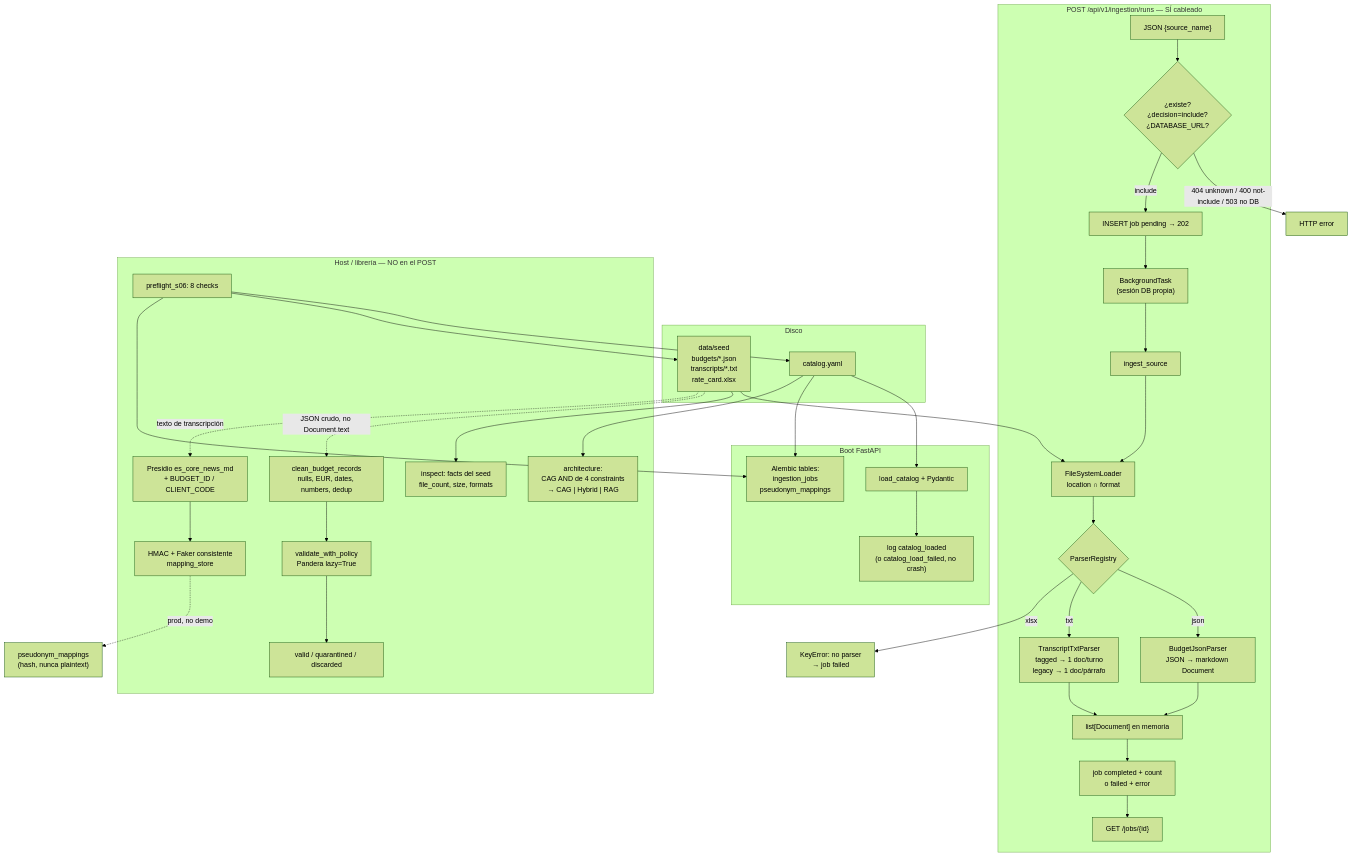
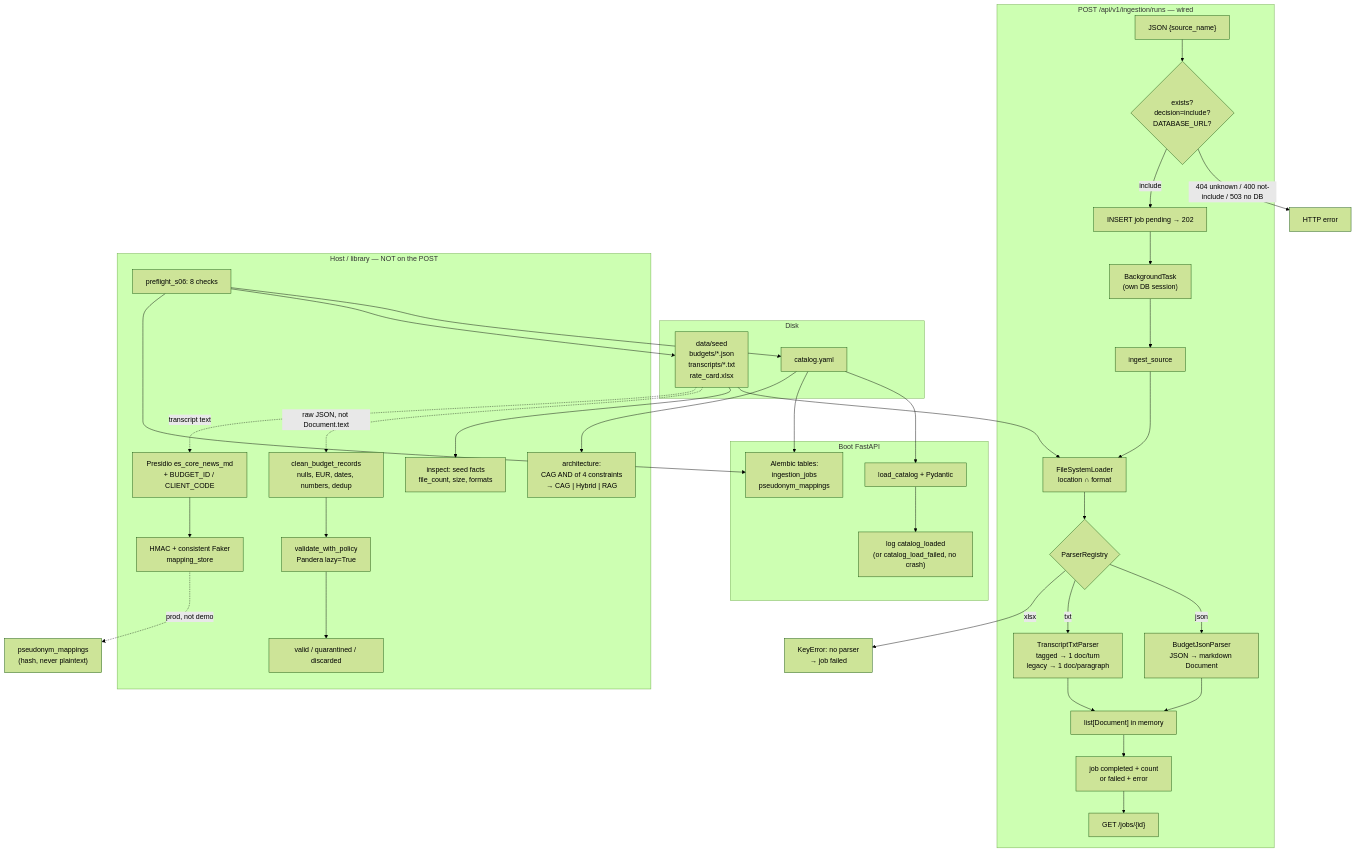
The second of 2 diagrams in estimador-cag/README.md (morales4dev/ai-engineering), drawn with Mermaid (forest theme) before and after one commit. The commit also changed other lines of this file and 12 other files, not shown here.

Commit message:
Port Lidr session 7 embedding pipeline: chunk and embed in memory over HTTP, nothing persisted yet.

````diff
--- a/estimador-cag/README.md
+++ b/estimador-cag/README.md
@@ -419,55 +422,55 @@
 ```mermaid
   flowchart TB
-      subgraph DISK["Disco"]
+      subgraph DISK["Disk"]
           YAML["catalog.yaml"]
           SEED["data/seed\nbudgets/*.json\ntranscripts/*.txt\nrate_card.xlsx"]
       end
       subgraph BOOT["Boot FastAPI"]
           LOADCAT["load_catalog + Pydantic"]
-          LOG["log catalog_loaded\n(o catalog_load_failed, no crash)"]
+          LOG["log catalog_loaded\n(or catalog_load_failed, no crash)"]
           ALEMBIC["Alembic tables:\ningestion_jobs\npseudonym_mappings"]
       end
       YAML --> LOADCAT --> LOG
       YAML --> ALEMBIC
-      subgraph HTTP["POST /api/v1/ingestion/runs  —  SÍ cableado"]
+      subgraph HTTP["POST /api/v1/ingestion/runs  —  wired"]
           REQ["JSON {source_name}"]
-          GATE{"¿existe?\n¿decision=include?\n¿DATABASE_URL?"}
+          GATE{"exists?\ndecision=include?\nDATABASE_URL?"}
           JOBP["INSERT job pending → 202"]
-          BG["BackgroundTask\n(sesión DB propia)"]
+          BG["BackgroundTask\n(own DB session)"]
           ORCH["ingest_source"]
           FS["FileSystemLoader\nlocation ∩ format"]
           PARSE{"ParserRegistry"}
           JSONP["BudgetJsonParser\nJSON → markdown Document"]
-          TXTP["TranscriptTxtParser\ntagged → 1 doc/turno\nlegacy → 1 doc/párrafo"]
-          MEM["list[Document]  en memoria"]
-          JOBC["job completed + count\no failed + error"]
+          TXTP["TranscriptTxtParser\ntagged → 1 doc/turn\nlegacy → 1 doc/paragraph"]
+          MEM["list[Document]  in memory"]
+          JOBC["job completed + count\nor failed + error"]
           GET["GET /jobs/{id}"]
       end
       REQ --> GATE
       GATE -->|404 unknown / 400 not-include / 503 no DB| ERR["HTTP error"]
       GATE -->|include| JOBP --> BG --> ORCH
       SEED --> FS
       ORCH --> FS --> PARSE
       PARSE -->|json| JSONP --> MEM
       PARSE -->|txt| TXTP --> MEM
       PARSE -->|xlsx| NOP["KeyError: no parser\n→ job failed"]
       MEM --> JOBC --> GET
-      subgraph OFF["Host / librería  —  NO en el POST"]
-          INSPECT["inspect: facts del seed\nfile_count, size, formats"]
-          ARCH["architecture:\nCAG AND de 4 constraints\n→ CAG | Hybrid | RAG"]
+      subgraph OFF["Host / library  —  NOT on the POST"]
+          INSPECT["inspect: seed facts\nfile_count, size, formats"]
+          ARCH["architecture:\nCAG AND of 4 constraints\n→ CAG | Hybrid | RAG"]
           CLEAN["clean_budget_records\nnulls, EUR, dates, numbers, dedup"]
           POL["validate_with_policy\nPandera lazy=True"]
           PART["valid / quarantined / discarded"]
           PII["Presidio es_core_news_md\n+ BUDGET_ID / CLIENT_CODE"]
-          PSEUDO["HMAC + Faker consistente\nmapping_store"]
+          PSEUDO["HMAC + consistent Faker\nmapping_store"]
           PRE["preflight_s06: 8 checks"]
       end
       SEED --> INSPECT
       YAML --> ARCH
-      SEED -.->|JSON crudo, no Document.text| CLEAN --> POL --> PART
-      SEED -.->|texto de transcripción| PII --> PSEUDO
-      PSEUDO -.->|prod, no demo| MAP["pseudonym_mappings\n(hash, nunca plaintext)"]
+      SEED -.->|raw JSON, not Document.text| CLEAN --> POL --> PART
+      SEED -.->|transcript text| PII --> PSEUDO
+      PSEUDO -.->|prod, not demo| MAP["pseudonym_mappings\n(hash, never plaintext)"]
       PRE --> YAML
       PRE --> SEED
       PRE --> ALEMBIC
 ```
````
